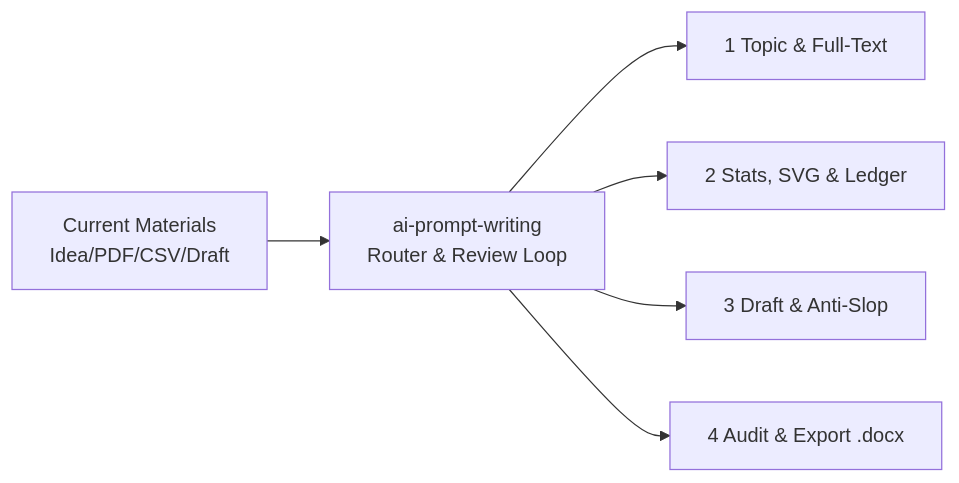
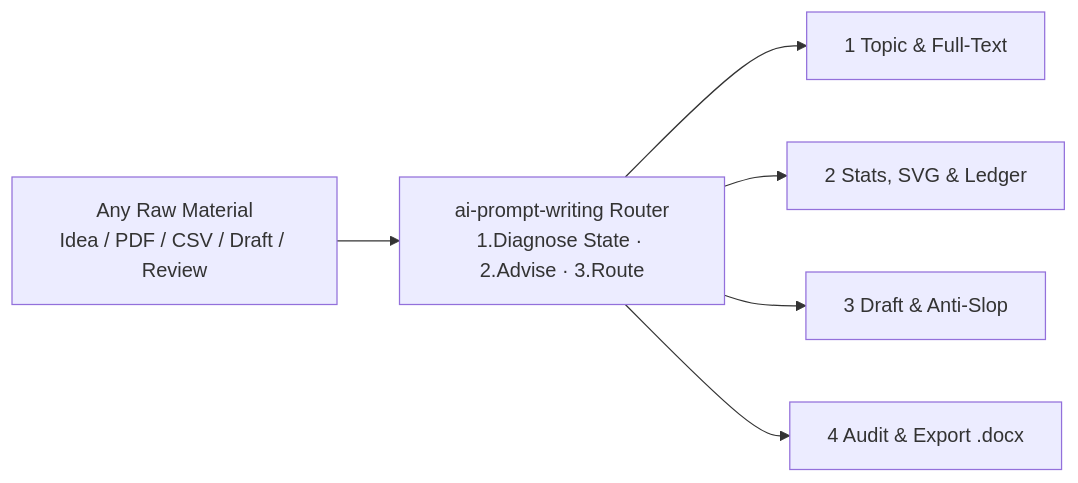
One commit to huh7i5/AI-prompts-writing changed the diagram in README.en.md. Above: the diagram before and after it, drawn with Mermaid. The commit also changed other lines of this file and 17 other files, not shown here.

````diff
--- a/README.en.md
+++ b/README.en.md
@@ -1624,8 +1643,8 @@
 ```mermaid
 flowchart LR
-    Raw["Current Materials<br>Idea/PDF/CSV/Draft"] --> Router["ai-prompt-writing<br>Router & Review Loop"]
+    Raw["Any Raw Material<br>Idea / PDF / CSV / Draft / Review"] --> Router["ai-prompt-writing Router<br>1.Diagnose State · 2.Advise · 3.Route"]
     Router --> S1["1 Topic & Full-Text"]
     Router --> S2["2 Stats, SVG & Ledger"]
     Router --> S3["3 Draft & Anti-Slop"]
     Router --> S4["4 Audit & Export .docx"]
 ```
````
